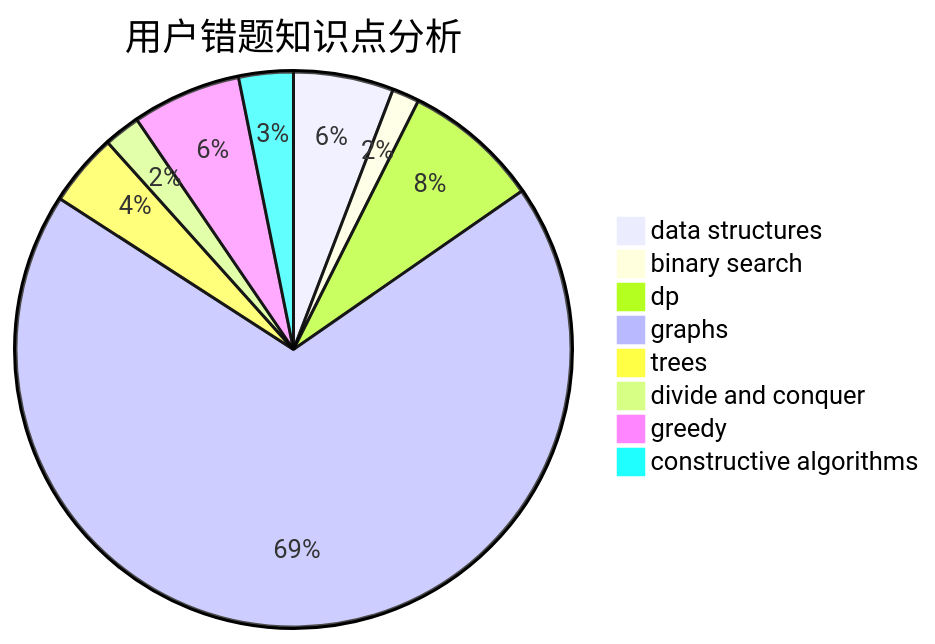
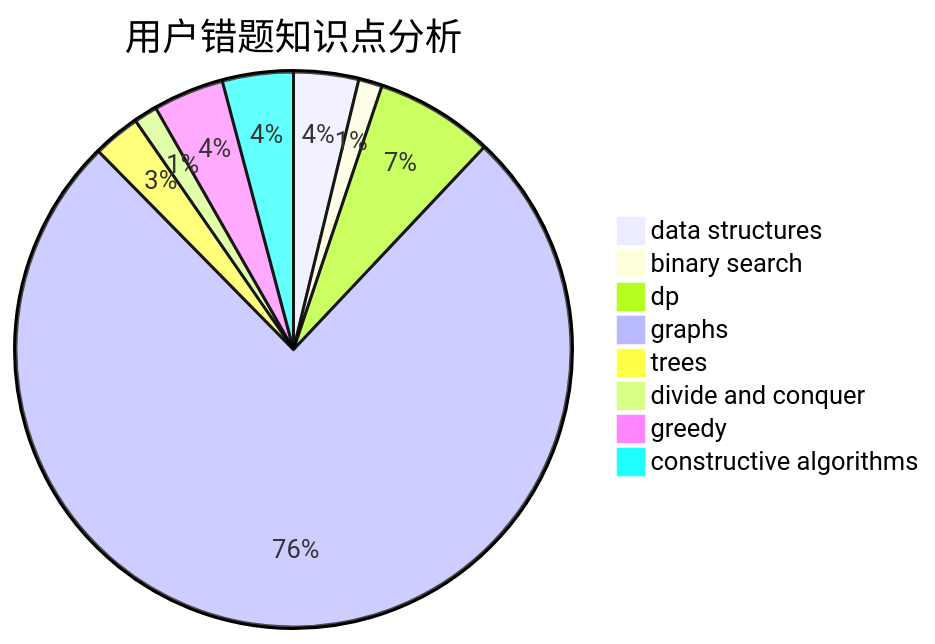
Before and after one commit to sherpahu/cfrs.github.io: the third of 3 diagrams in docs/user/u1151.md, drawn with Mermaid. The commit also changed other lines of this file and 2770 other files, not shown here.

````diff
--- a/docs/user/u1151.md
+++ b/docs/user/u1151.md
@@ -36,11 +36,11 @@
 ```mermaid
 pie title 用户错题知识点分析
     "data structures" :  11
-    "binary search" :  3
-    "dp" :  15
-    "graphs" :  130
+    "binary search" :  4
+    "dp" :  20
+    "graphs" :  220
     "trees" :  8
     "divide and conquer" :  4
     "greedy" :  12
-    "constructive algorithms" :  6
+    "constructive algorithms" :  12
 ```
````
